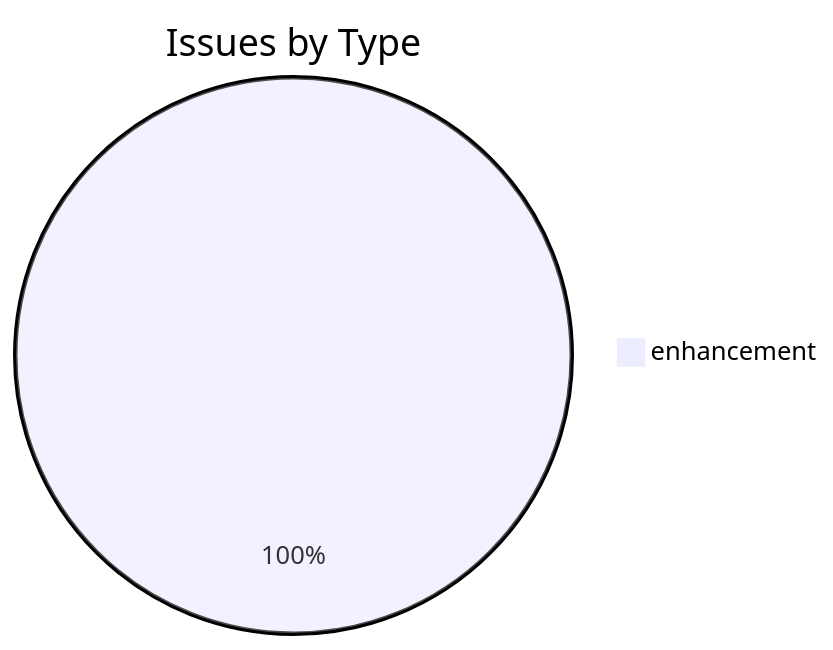
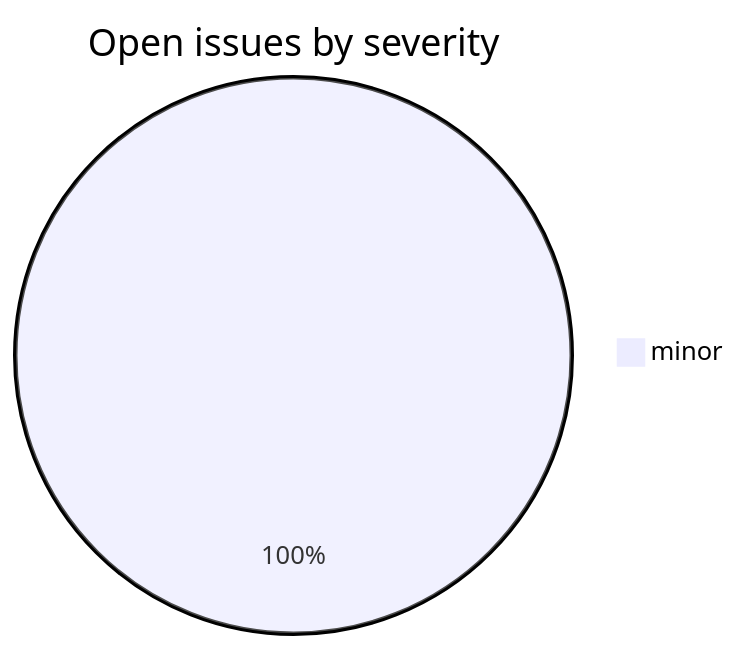
One commit to sanskrit-lexicon/csl-observatory changed the second of 2 diagrams in README.md. Above: the diagram before and after it, drawn with Mermaid. The commit also changed other lines of this file, not shown here.

````diff
--- a/README.md
+++ b/README.md
@@ -70,4 +94,4 @@
 ```mermaid
-pie title Issues by Type
-    "enhancement" : 2
+pie title Open issues by severity
+    "minor" : 2
 ```
````
